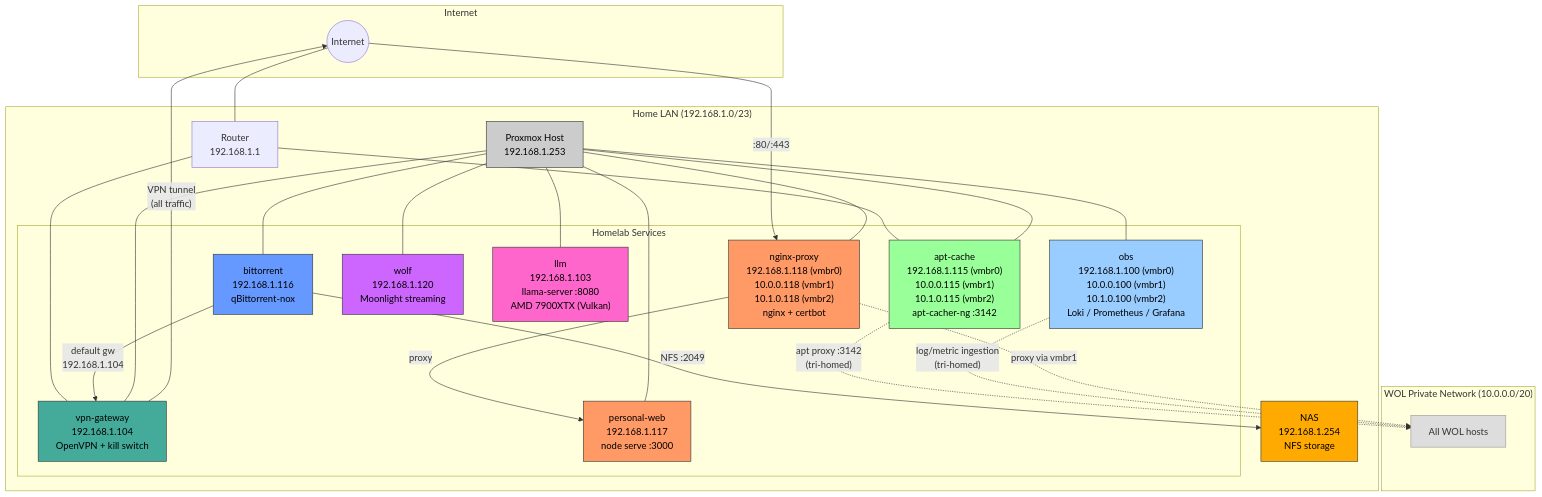
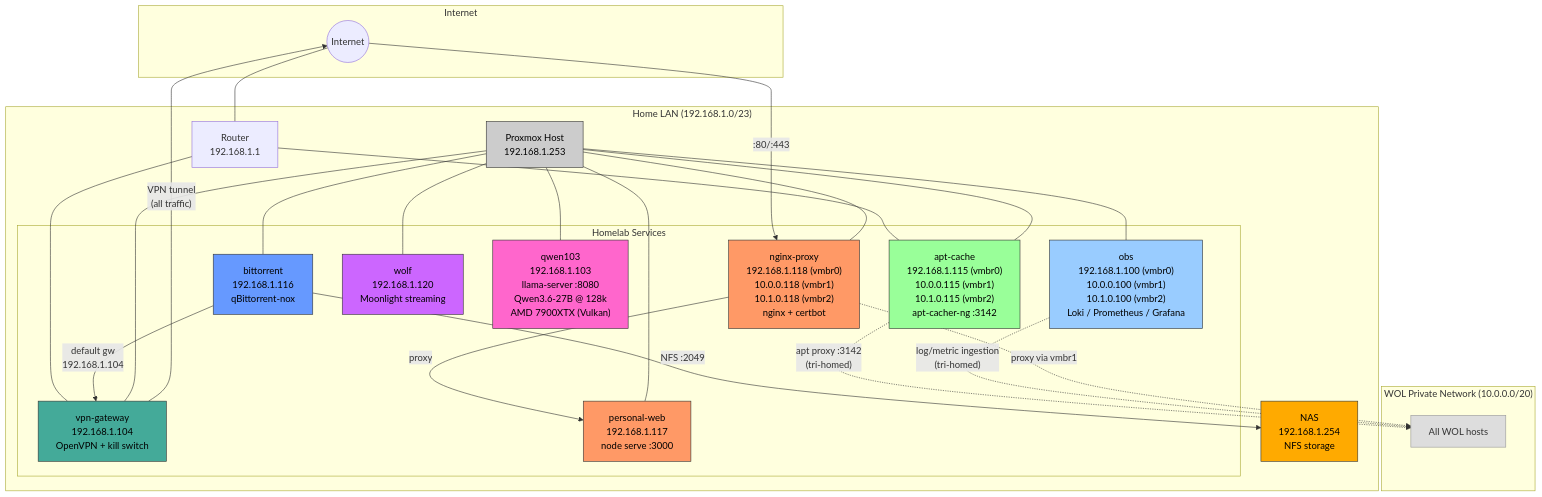
One commit to JBailes/infrastructure changed the first of 2 diagrams in homelab/diagrams.md. Above: the diagram before and after it, drawn with Mermaid. The commit also changed other lines of this file and 5 other files, not shown here.

First line of the commit message:
docs: rename LLM CT from qwen122 to qwen103 (#11)

````diff
--- a/homelab/diagrams.md
+++ b/homelab/diagrams.md
@@ -9,60 +9,60 @@
 ```mermaid
 graph TB
     subgraph Internet
         INET((Internet))
     end
 
     subgraph LAN["Home LAN (192.168.1.0/23)"]
         ROUTER["Router<br/>192.168.1.1"]
 
         subgraph HOMELAB["Homelab Services"]
             APTCACHE["apt-cache<br/>192.168.1.115 (vmbr0)<br/>10.0.0.115 (vmbr1)<br/>10.1.0.115 (vmbr2)<br/>apt-cacher-ng :3142"]
             OBS["obs<br/>192.168.1.100 (vmbr0)<br/>10.0.0.100 (vmbr1)<br/>10.1.0.100 (vmbr2)<br/>Loki / Prometheus / Grafana"]
             VPN["vpn-gateway<br/>192.168.1.104<br/>OpenVPN + kill switch"]
             BT["bittorrent<br/>192.168.1.116<br/>qBittorrent-nox"]
             NGINX["nginx-proxy<br/>192.168.1.118 (vmbr0)<br/>10.0.0.118 (vmbr1)<br/>10.1.0.118 (vmbr2)<br/>nginx + certbot"]
             PWEB["personal-web<br/>192.168.1.117<br/>node serve :3000"]
             WOLF["wolf<br/>192.168.1.120<br/>Moonlight streaming"]
-            LLM["llm<br/>192.168.1.103<br/>llama-server :8080<br/>AMD 7900XTX (Vulkan)"]
+            LLM["qwen103<br/>192.168.1.103<br/>llama-server :8080<br/>Qwen3.6-27B @ 128k<br/>AMD 7900XTX (Vulkan)"]
         end
 
         NAS["NAS<br/>192.168.1.254<br/>NFS storage"]
         PVE["Proxmox Host<br/>192.168.1.253"]
     end
 
     subgraph WOL["WOL Private Network (10.0.0.0/20)"]
         WOLHOSTS["All WOL hosts"]
     end
 
     INET --- ROUTER
     ROUTER --- VPN
     ROUTER --- APTCACHE
     VPN -->|"VPN tunnel<br/>(all traffic)"| INET
     BT -->|"default gw<br/>192.168.1.104"| VPN
     BT -->|"NFS :2049"| NAS
     APTCACHE -.->|"apt proxy :3142<br/>(tri-homed)"| WOLHOSTS
     OBS -.->|"log/metric ingestion<br/>(tri-homed)"| WOLHOSTS
     INET -->|":80/:443"| NGINX
     NGINX -->|"proxy"| PWEB
     NGINX -.->|"proxy via vmbr1"| WOLHOSTS
     PVE --- VPN
     PVE --- BT
     PVE --- APTCACHE
     PVE --- OBS
     PVE --- NGINX
     PVE --- PWEB
     PVE --- WOLF
     PVE --- LLM
 
     style APTCACHE fill:#9f9,stroke:#333,color:#000
     style OBS fill:#9cf,stroke:#333,color:#000
     style VPN fill:#4a9,stroke:#333,color:#000
     style BT fill:#69f,stroke:#333,color:#000
     style NGINX fill:#f96,stroke:#333,color:#000
     style PWEB fill:#f96,stroke:#333,color:#000
     style NAS fill:#fa0,stroke:#333,color:#000
     style PVE fill:#ccc,stroke:#333,color:#000
     style WOLHOSTS fill:#ddd,stroke:#999,color:#333
     style WOLF fill:#c6f,stroke:#333,color:#000
     style LLM fill:#f6c,stroke:#333,color:#000
 ```
````
